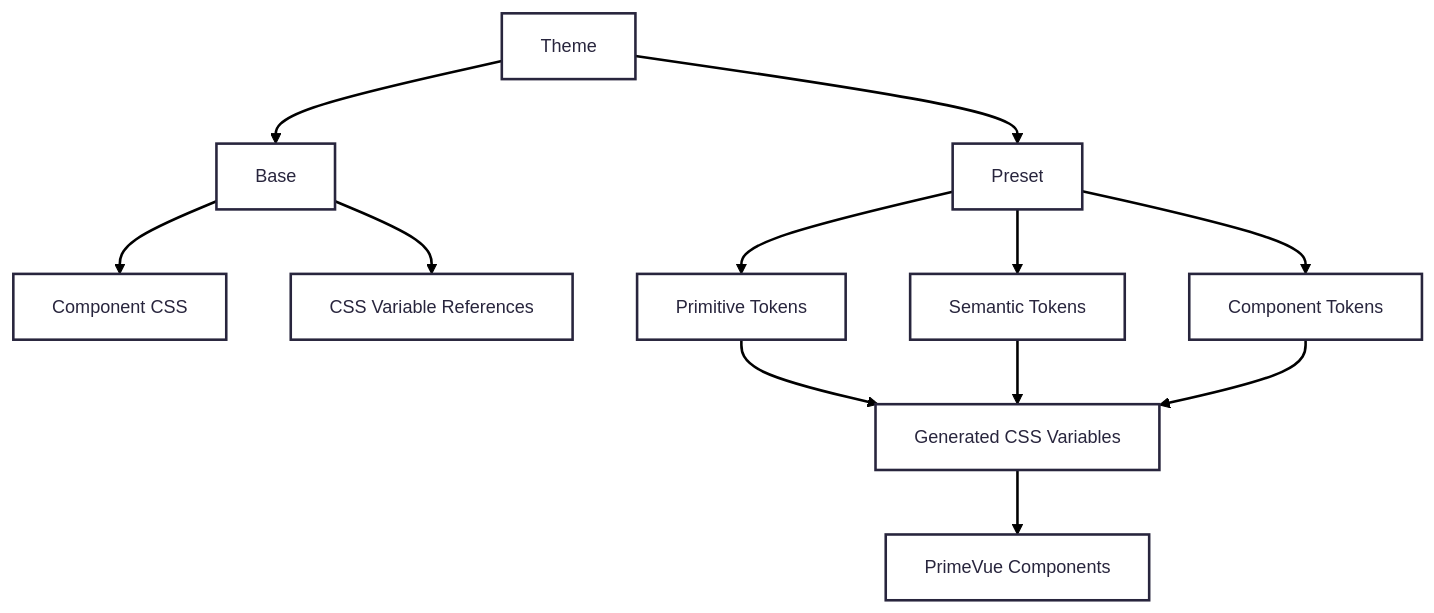
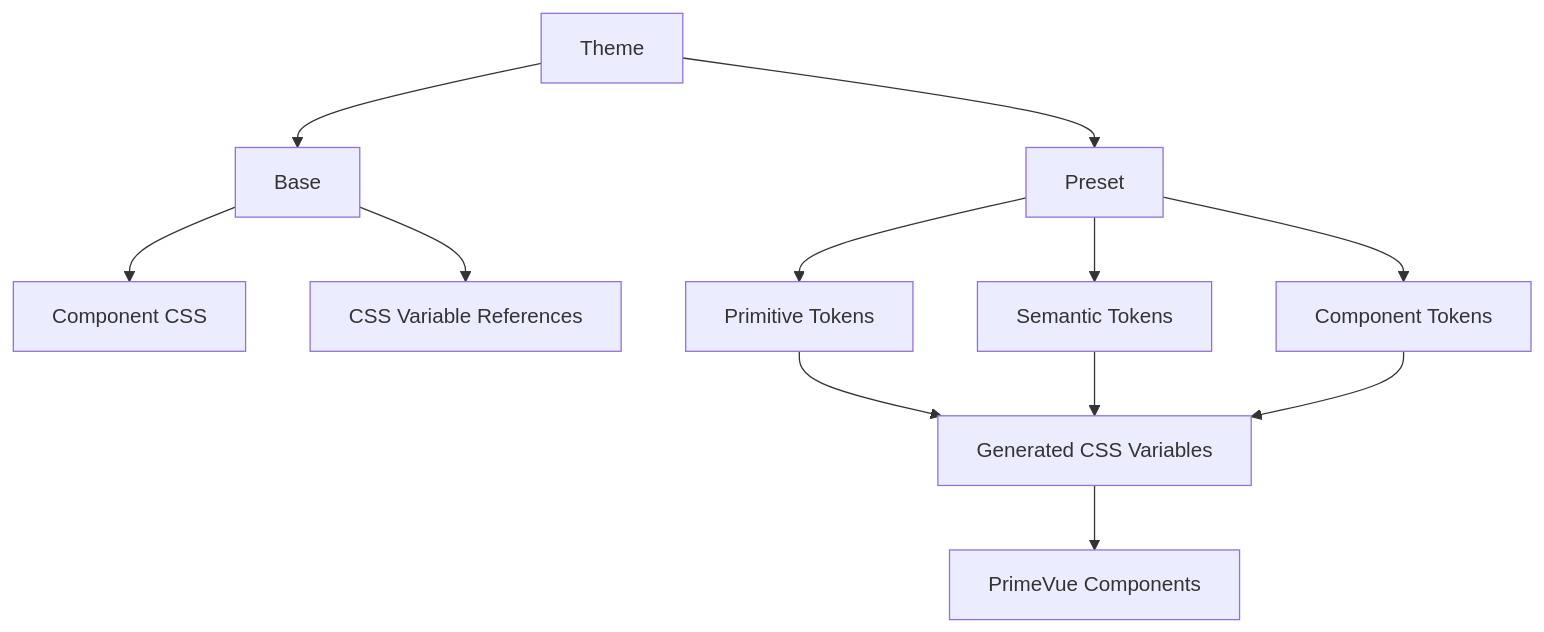
One commit to Cloudie-yun/task-primevue changed the first of 6 diagrams in research_doc/1. Research Documentation.md. Above: the diagram before and after it, drawn with Mermaid. The commit also changed other lines of this file and 33 other files, not shown here.

````diff
--- a/research_doc/1. Research Documentation.md
+++ b/research_doc/1. Research Documentation.md
@@ -59,23 +59,19 @@
 ```mermaid
----
-config:
-  theme: redux
----
 flowchart TD
     A["Theme"]
     A --> B["Base"]
     A --> C["Preset"]
 
     B --> D["Component CSS"]
     B --> E["CSS Variable References"]
 
     C --> F["Primitive Tokens"]
     C --> G["Semantic Tokens"]
     C --> H["Component Tokens"]
 
     F --> I["Generated CSS Variables"]
     G --> I
     H --> I
 
     I --> J["PrimeVue Components"]
 ```
````
